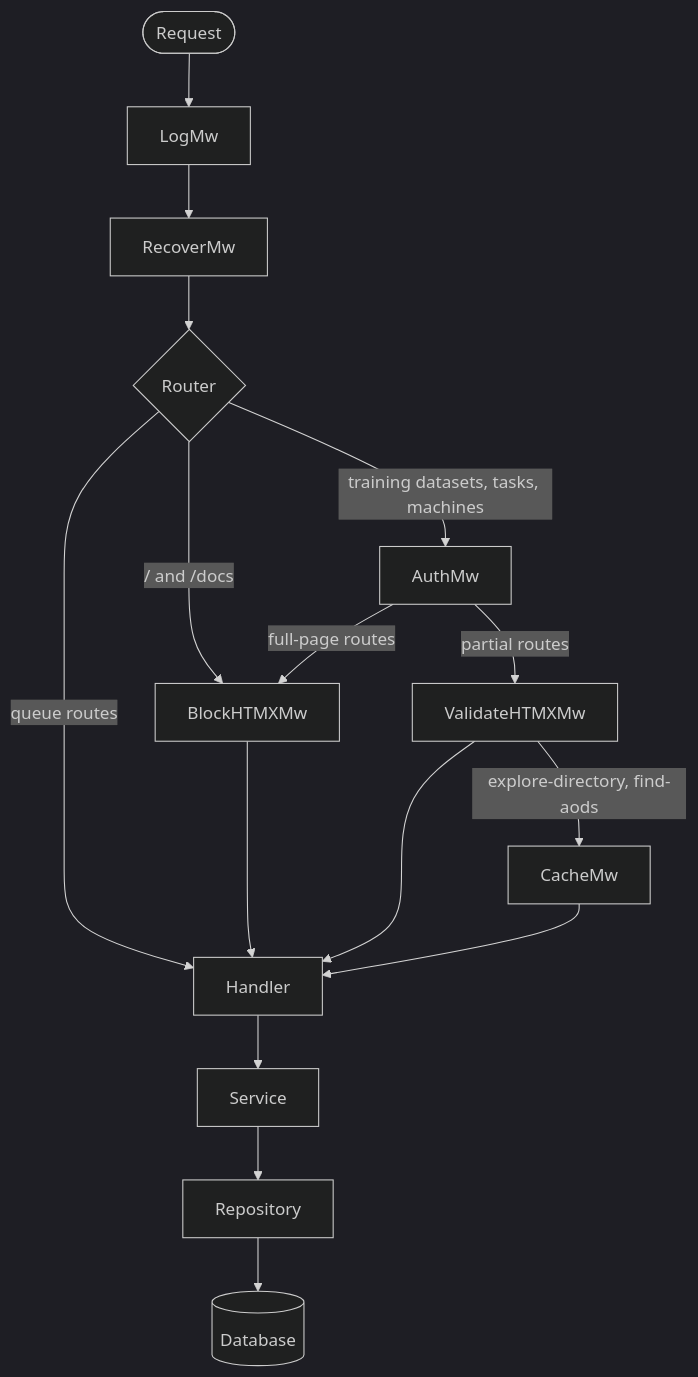
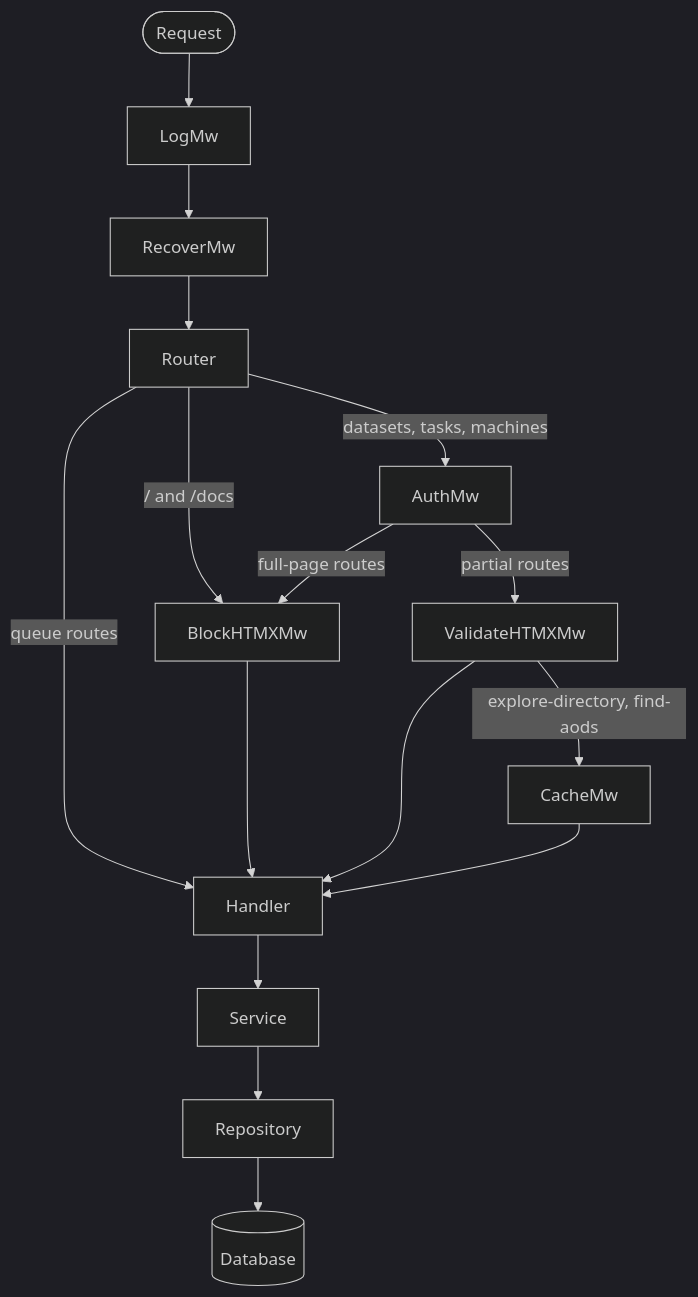
Before and after one commit to mytkom/AliceTraINT: the second of 2 diagrams in docs/3-development/1-architecture.md, drawn with Mermaid (dark theme). The commit also changed other lines of this file and 2 other files, not shown here.

Commit message:
docs: lay out architecture diagrams more compactly and center diagrams

````diff
--- a/docs/3-development/1-architecture.md
+++ b/docs/3-development/1-architecture.md
@@ -85,15 +87,15 @@
 ```mermaid
 flowchart TD
   accTitle: Request middleware
   accDescr: A request passes LogMw and RecoverMw, then the router. Routes for training datasets, tasks and machines pass AuthMw, then BlockHTMXMw for full pages or ValidateHTMXMw for partials, and CacheMw on two JAliEn routes, before the handler. The landing page and the docs pass only BlockHTMXMw. Queue routes go straight to the handler. The handler calls a service, which uses a repository to reach the database.
 
-  request([Request]) --> log[LogMw] --> recover[RecoverMw] --> router{Router}
-  router -->|training datasets, tasks, machines| auth[AuthMw]
+  request([Request]) --> log[LogMw] --> recover[RecoverMw] --> router[Router]
   router -->|"/ and /docs"| block[BlockHTMXMw]
+  router -->|datasets, tasks, machines| auth[AuthMw]
   router -->|queue routes| handler
   auth -->|full-page routes| block
   auth -->|partial routes| validate[ValidateHTMXMw]
   validate -->|explore-directory, find-aods| cachemw[CacheMw]
   block & validate & cachemw --> handler[Handler]
   handler --> service[Service] --> repository[Repository] --> db[(Database)]
 ```
````
